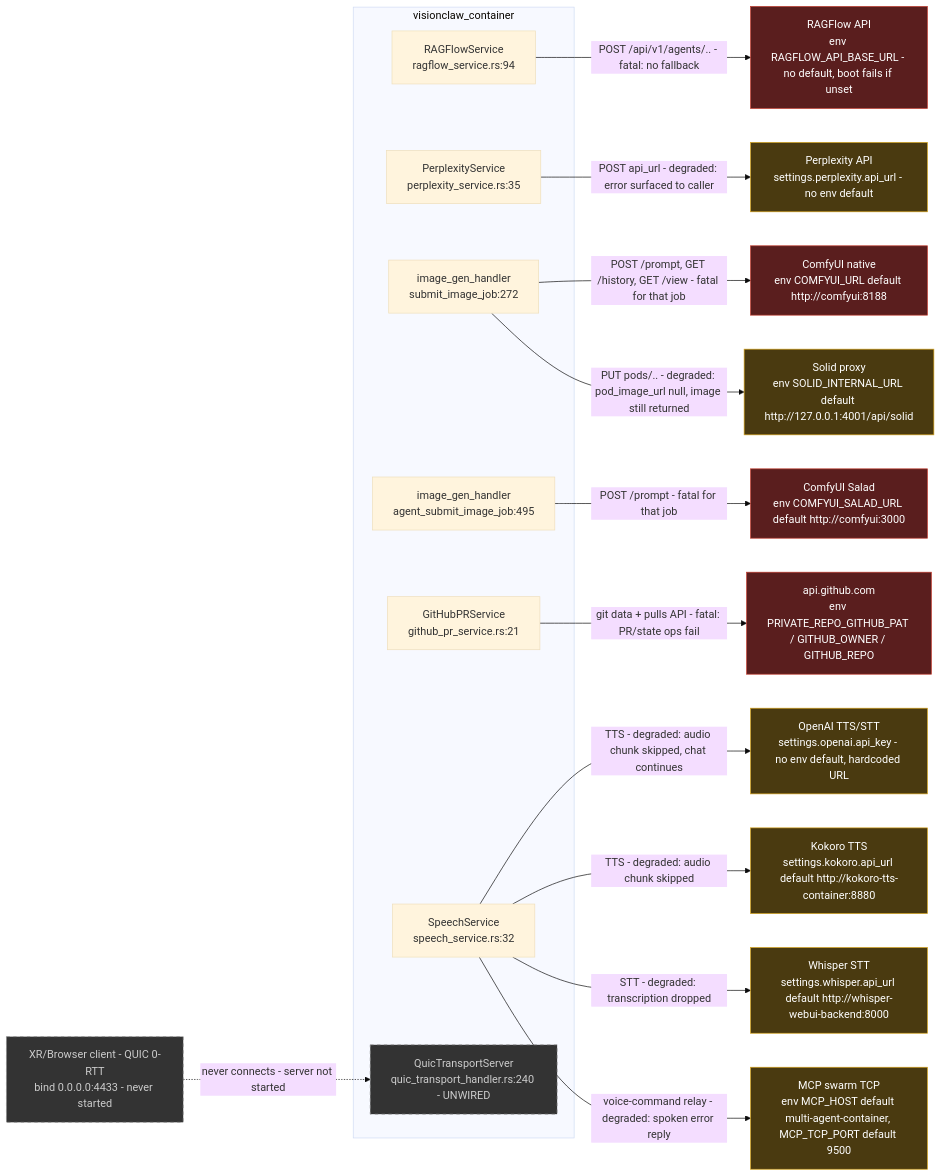
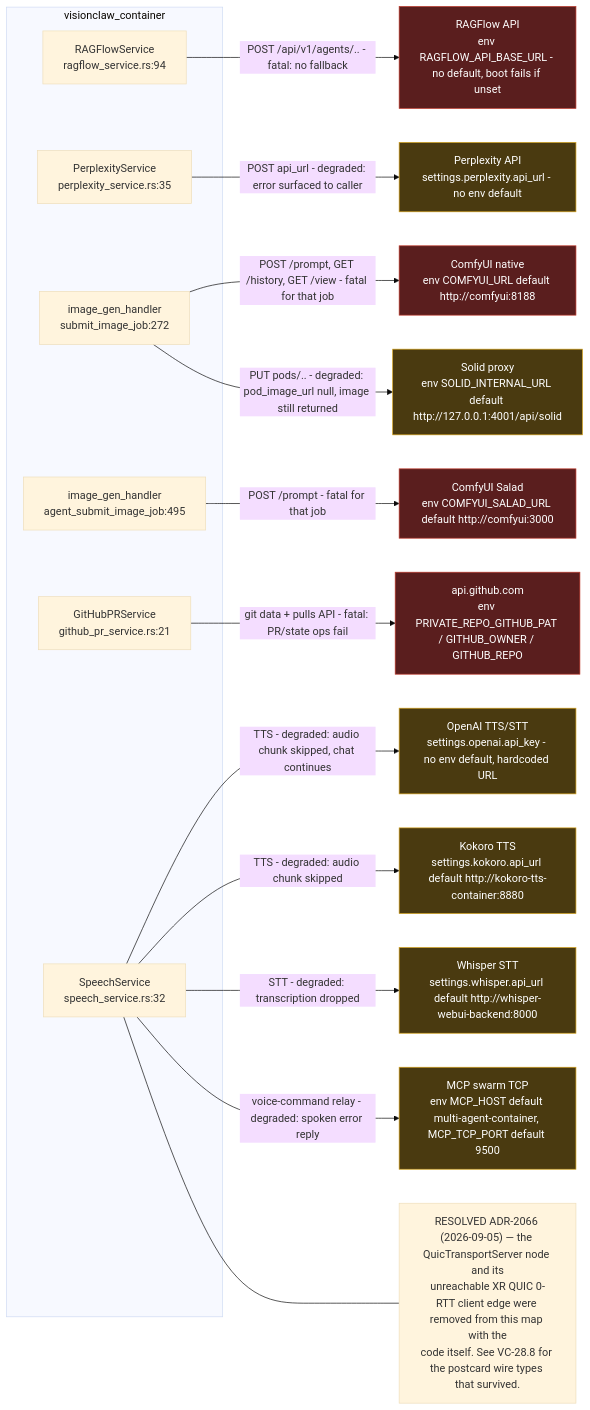
One commit to DreamLab-AI/AR-AI-Knowledge-Graph changed the ninth of 9 diagrams in docs/diagrams/visionclaw/28-external-services.md. Above: the diagram before and after it, drawn with Mermaid (base theme). The commit also changed other lines of this file and 172 other files, not shown here.

````diff
--- a/docs/diagrams/visionclaw/28-external-services.md
+++ b/docs/diagrams/visionclaw/28-external-services.md
@@ -410,43 +403,41 @@
 ```mermaid
 flowchart LR
     subgraph app["visionclaw_container"]
         RS["RAGFlowService<br/>ragflow_service.rs:94"]
         PS["PerplexityService<br/>perplexity_service.rs:35"]
         IG["image_gen_handler<br/>submit_image_job:272"]
         AG["image_gen_handler<br/>agent_submit_image_job:495"]
         GH["GitHubPRService<br/>github_pr_service.rs:21"]
         SS["SpeechService<br/>speech_service.rs:32"]
-        QT["QuicTransportServer<br/>quic_transport_handler.rs:240 - UNWIRED"]
     end
 
     RF["RAGFlow API<br/>env RAGFLOW_API_BASE_URL - no default, boot fails if unset"]
     PX["Perplexity API<br/>settings.perplexity.api_url - no env default"]
     CFU["ComfyUI native<br/>env COMFYUI_URL default http://comfyui:8188"]
     CFS["ComfyUI Salad<br/>env COMFYUI_SALAD_URL default http://comfyui:3000"]
     SOL["Solid proxy<br/>env SOLID_INTERNAL_URL default http://127.0.0.1:4001/api/solid"]
     GHA["api.github.com<br/>env PRIVATE_REPO_GITHUB_PAT / GITHUB_OWNER / GITHUB_REPO"]
     OAI["OpenAI TTS/STT<br/>settings.openai.api_key - no env default, hardcoded URL"]
     KOK["Kokoro TTS<br/>settings.kokoro.api_url default http://kokoro-tts-container:8880"]
     WHI["Whisper STT<br/>settings.whisper.api_url default http://whisper-webui-backend:8000"]
     MCPS["MCP swarm TCP<br/>env MCP_HOST default multi-agent-container, MCP_TCP_PORT default 9500"]
-    XRC["XR/Browser client - QUIC 0-RTT<br/>bind 0.0.0.0:4433 - never started"]
 
     RS -->|"POST /api/v1/agents/.. - fatal: no fallback"| RF
     PS -->|"POST api_url - degraded: error surfaced to caller"| PX
     IG -->|"POST /prompt, GET /history, GET /view - fatal for that job"| CFU
     AG -->|"POST /prompt - fatal for that job"| CFS
     IG -->|"PUT pods/.. - degraded: pod_image_url null, image still returned"| SOL
     GH -->|"git data + pulls API - fatal: PR/state ops fail"| GHA
     SS -->|"TTS - degraded: audio chunk skipped, chat continues"| OAI
     SS -->|"TTS - degraded: audio chunk skipped"| KOK
     SS -->|"STT - degraded: transcription dropped"| WHI
     SS -->|"voice-command relay - degraded: spoken error reply"| MCPS
-    XRC -.->|"never connects - server not started"| QT
+
+    N1["RESOLVED ADR-2066 (2026-09-05) — the QuicTransportServer node and its<br/>unreachable XR QUIC 0-RTT client edge were removed from this map with the<br/>code itself. See VC-28.8 for the postcard wire types that survived."]
+    SS --- N1
 
     classDef fatal fill:#5a1e1e,stroke:#c0392b,color:#fff
     classDef degraded fill:#4a3a10,stroke:#d4a017,color:#fff
-    classDef dead fill:#333,stroke:#888,color:#ccc,stroke-dasharray: 5 5
     class RF,GHA,CFU,CFS fatal
     class PX,SOL,OAI,KOK,WHI,MCPS degraded
-    class QT,XRC dead
 ```
````
